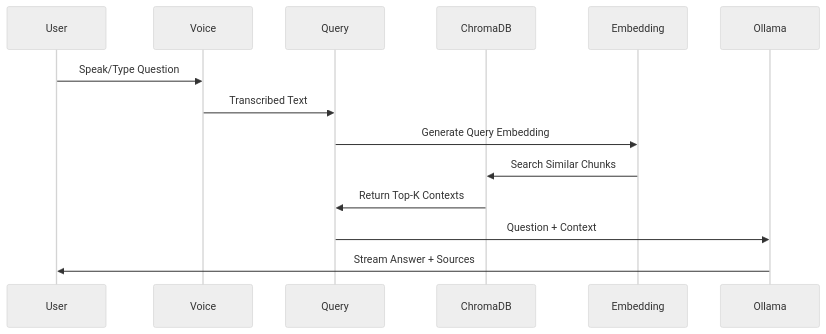
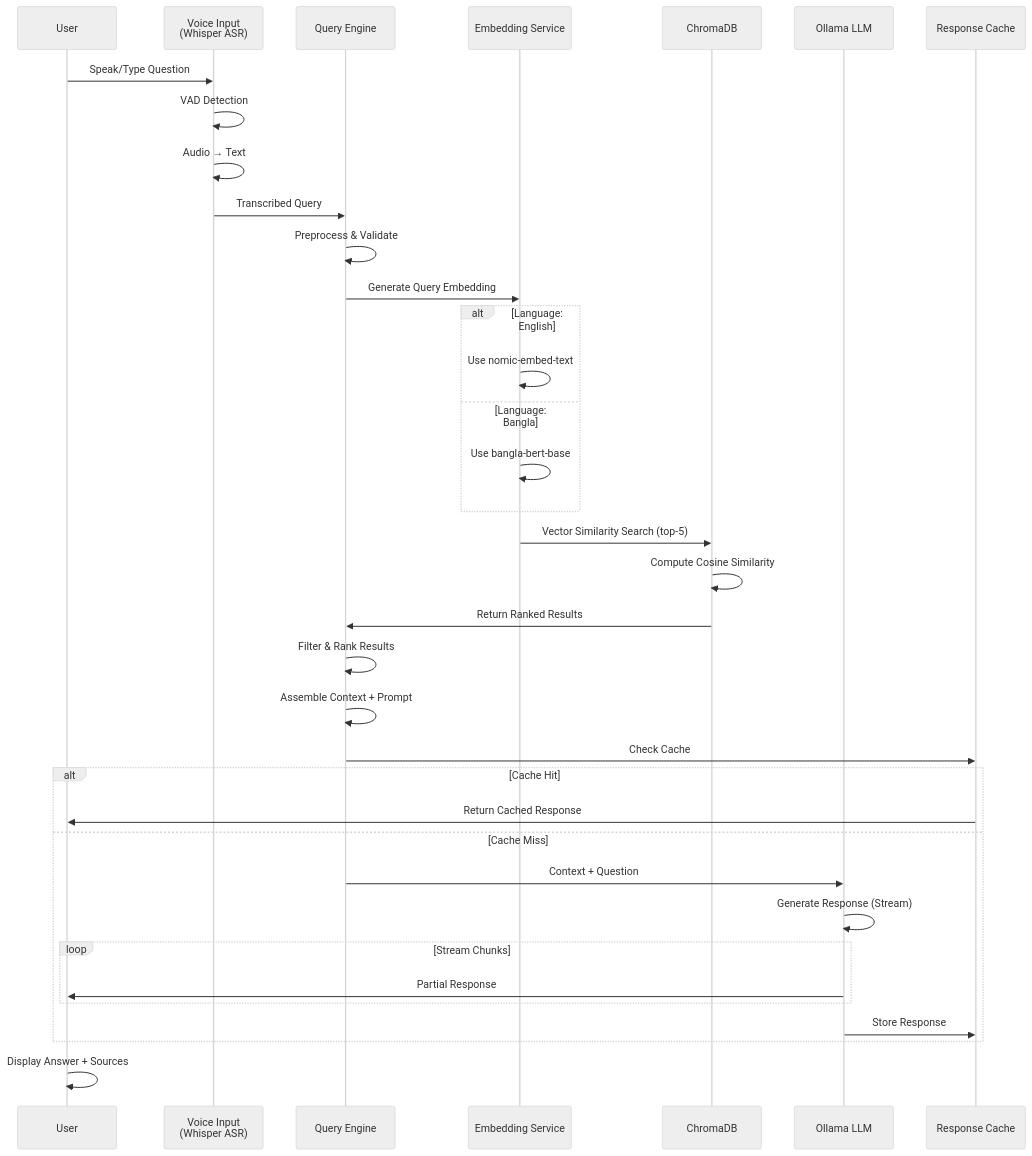
One commit to sunjilkh/ChatEdu-Agentic-AI-Powered-Intelligent-Learning-and-Teaching-Assistant-for-University-LMS changed the sixth of 10 diagrams in SYSTEM_ARCHITECTURE.md. Above: the diagram before and after it, drawn with Mermaid (neutral theme). The commit also changed other lines of this file, not shown here.

````diff
--- a/SYSTEM_ARCHITECTURE.md
+++ b/SYSTEM_ARCHITECTURE.md
@@ -168,17 +1059,45 @@
 ```mermaid
 sequenceDiagram
     participant User
-    participant Voice
-    participant Query
+    participant Voice as Voice Input<br/>(Whisper ASR)
+    participant Query as Query Engine
+    participant Embed as Embedding Service
     participant DB as ChromaDB
-    participant Embed as Embedding
-    participant LLM as Ollama
+    participant LLM as Ollama LLM
+    participant Cache as Response Cache
     
     User->>Voice: Speak/Type Question
-    Voice->>Query: Transcribed Text
+    Voice->>Voice: VAD Detection
+    Voice->>Voice: Audio → Text
+    Voice->>Query: Transcribed Query
+    
+    Query->>Query: Preprocess & Validate
     Query->>Embed: Generate Query Embedding
-    Embed->>DB: Search Similar Chunks
-    DB->>Query: Return Top-K Contexts
-    Query->>LLM: Question + Context
-    LLM->>User: Stream Answer + Sources
+    
+    alt Language: English
+        Embed->>Embed: Use nomic-embed-text
+    else Language: Bangla
+        Embed->>Embed: Use bangla-bert-base
+    end
+    
+    Embed->>DB: Vector Similarity Search (top-5)
+    DB->>DB: Compute Cosine Similarity
+    DB->>Query: Return Ranked Results
+    
+    Query->>Query: Filter & Rank Results
+    Query->>Query: Assemble Context + Prompt
+    
+    Query->>Cache: Check Cache
+    alt Cache Hit
+        Cache->>User: Return Cached Response
+    else Cache Miss
+        Query->>LLM: Context + Question
+        LLM->>LLM: Generate Response (Stream)
+        loop Stream Chunks
+            LLM->>User: Partial Response
+        end
+        LLM->>Cache: Store Response
+    end
+    
+    User->>User: Display Answer + Sources
 ```
````
